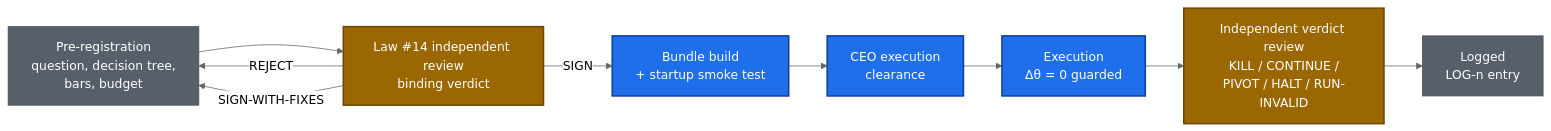
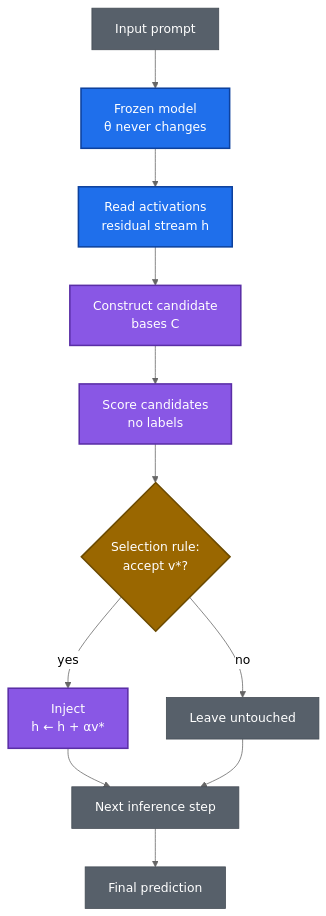
Before and after one commit to anilkumara9/SCBI: the second of 2 diagrams in README.md, drawn with Mermaid (neutral theme). The commit also changed other lines of this file, not shown here.

````diff
--- a/README.md
+++ b/README.md
@@ -171,18 +114,21 @@
 ```mermaid
-flowchart LR
-    A["Pre-registration<br/>question, decision tree,<br/>bars, budget"] --> B["Law #14 independent review<br/>binding verdict"]
-    B -- "SIGN" --> C["Bundle build<br/>+ startup smoke test"]
-    B -- "REJECT" --> A
-    B -- "SIGN-WITH-FIXES" --> A
-    C --> D["CEO execution<br/>clearance"]
-    D --> E["Execution<br/>Δθ = 0 guarded"]
-    E --> F["Independent verdict review<br/>KILL / CONTINUE /<br/>PIVOT / HALT / RUN-INVALID"]
-    F --> G["Logged<br/>LOG-n entry"]
-    classDef doc fill:#57606a,stroke:#424a53,color:#fff
-    classDef review fill:#9a6700,stroke:#6b4a00,color:#fff,stroke-width:2px
-    classDef build fill:#1f6feb,stroke:#0d419d,color:#fff,stroke-width:2px
-    classDef verdict fill:#8957e5,stroke:#5a2ea6,color:#fff,stroke-width:2px
-    class A,G doc
-    class B,F review
-    class C,D,E build
+flowchart TD
+    A["Input prompt"] --> B["Frozen model<br/>θ never changes"]
+    B --> C["Read activations<br/>residual stream h"]
+    C --> D["Construct candidate<br/>bases C"]
+    D --> E["Score candidates<br/>no labels"]
+    E --> F{"Selection rule:<br/>accept v*?"}
+    F -- "yes" --> G["Inject<br/>h ← h + αv*"]
+    F -- "no" --> H["Leave untouched"]
+    G --> I["Next inference step"]
+    H --> I
+    I --> J["Final prediction"]
+    classDef frozen fill:#1f6feb,stroke:#0d419d,color:#fff,stroke-width:2px
+    classDef action fill:#8957e5,stroke:#5a2ea6,color:#fff,stroke-width:2px
+    classDef decision fill:#9a6700,stroke:#6b4a00,color:#fff,stroke-width:2px
+    classDef neutral fill:#57606a,stroke:#424a53,color:#fff
+    class B,C frozen
+    class D,E,G action
+    class F decision
+    class A,H,I,J neutral
 ```
````
